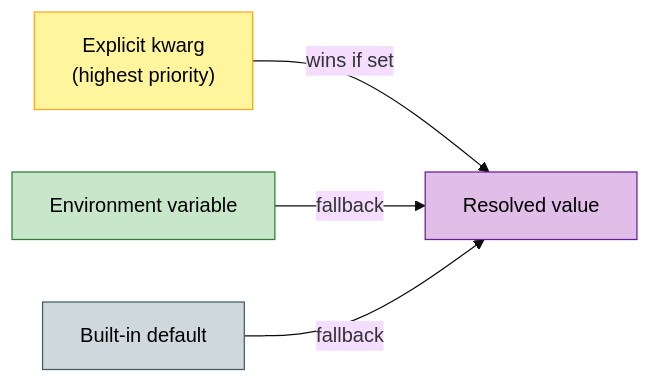
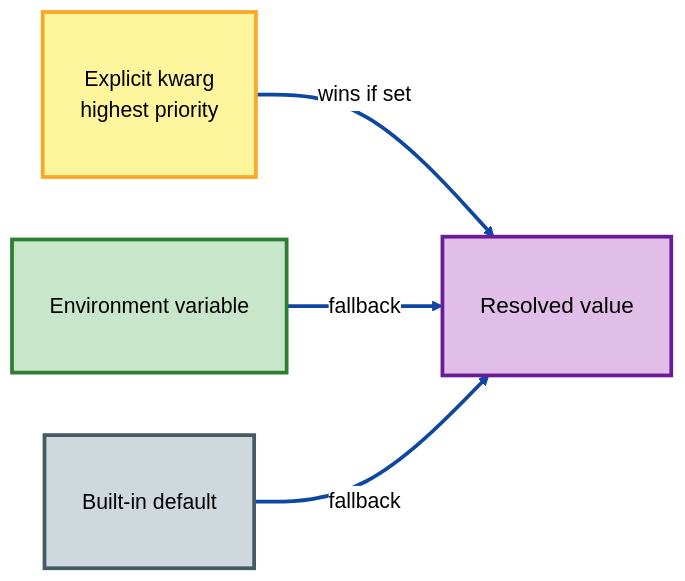
One commit to ganga1980/opentelemetry-distro-python changed the ninth of 10 diagrams in Architecture.md. Above: the diagram before and after it, drawn with Mermaid. The commit also changed other lines of this file, not shown here.

````diff
--- a/Architecture.md
+++ b/Architecture.md
@@ -559,17 +624,19 @@
 ```mermaid
-%%{init:{'theme':'base','themeVariables':{'fontFamily':'Segoe UI'}}}%%
+%%{init: {"theme":"base","themeVariables":{"fontFamily":"Segoe UI","fontSize":"17px","lineColor":"#0D47A1","edgeLabelBackground":"#FFFFFF","primaryTextColor":"#000000"}}}%%
 flowchart LR
-    classDef k fill:#FFF59D,stroke:#F9A825,color:#000
-    classDef e fill:#C8E6C9,stroke:#2E7D32,color:#000
-    classDef d fill:#CFD8DC,stroke:#455A64,color:#000
-    classDef r fill:#E1BEE7,stroke:#6A1B9A,color:#000
+    classDef k fill:#FFF59D,stroke:#F9A825,stroke-width:3px,color:#000,font-size:17px,padding:12px
+    classDef e fill:#C8E6C9,stroke:#2E7D32,stroke-width:3px,color:#000,font-size:17px,padding:12px
+    classDef d fill:#CFD8DC,stroke:#455A64,stroke-width:3px,color:#000,font-size:17px,padding:12px
+    classDef r fill:#E1BEE7,stroke:#6A1B9A,stroke-width:3px,color:#000,font-size:18px,padding:14px
 
-    K["Explicit kwarg<br/>(highest priority)"]:::k
+    K["Explicit kwarg<br/>highest priority"]:::k
     E["Environment variable"]:::e
     D["Built-in default"]:::d
     R["Resolved value"]:::r
 
-    K -->|wins if set| R
-    E -->|fallback| R
-    D -->|fallback| R
+    K == wins if set ==> R
+    E == fallback ==> R
+    D == fallback ==> R
+
+    linkStyle default stroke:#0D47A1,stroke-width:3px,fill:none
 ```
````
